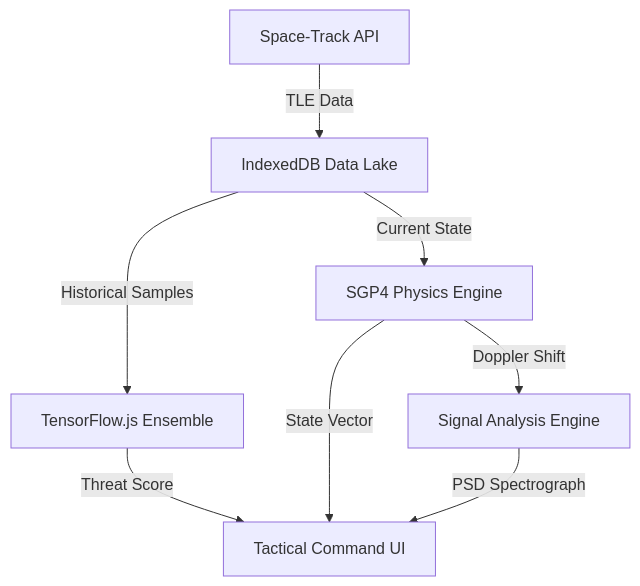
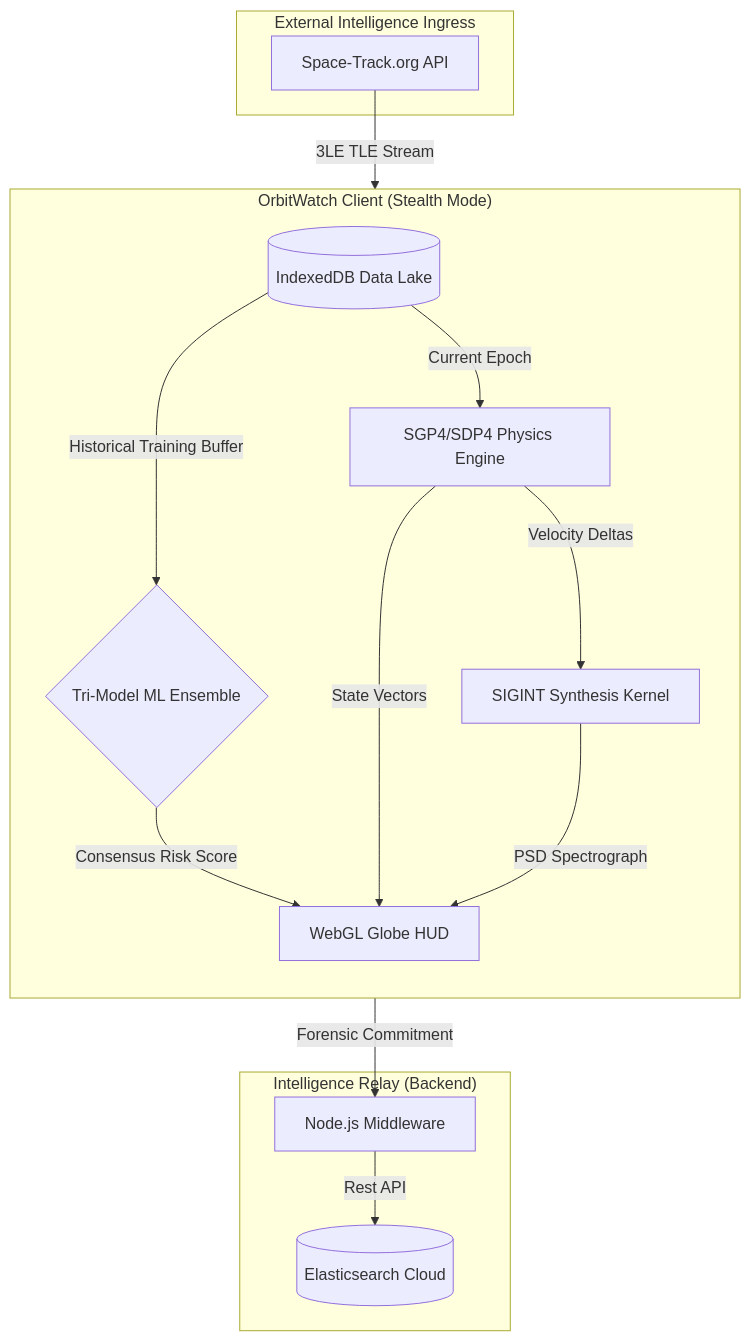
The diagram in README.md (ritvikindupuri/Orbitwatch), drawn with Mermaid before and after one commit. The commit also changed other lines of this file, not shown here.

````diff
--- a/README.md
+++ b/README.md
@@ -23,10 +15,30 @@
 ```mermaid
 graph TD
-    A[Space-Track API] -->|TLE Data| B[IndexedDB Data Lake]
-    B -->|Historical Samples| C[TensorFlow.js Ensemble]
-    B -->|Current State| D[SGP4 Physics Engine]
-    C -->|Threat Score| E[Tactical Command UI]
-    D -->|State Vector| E
-    D -->|Doppler Shift| F[Signal Analysis Engine]
-    F -->|PSD Spectrograph| E
+    subgraph "External Intelligence Ingress"
+        ST[Space-Track.org API]
+    end
+
+    subgraph "OrbitWatch Client (Stealth Mode)"
+        direction TB
+        DB[(IndexedDB Data Lake)]
+        PE[SGP4/SDP4 Physics Engine]
+        ML{Tri-Model ML Ensemble}
+        RF[SIGINT Synthesis Kernel]
+        UI[WebGL Globe HUD]
+    end
+
+    subgraph "Intelligence Relay (Backend)"
+        MID[Node.js Middleware]
+        ES[(Elasticsearch Cloud)]
+    end
+
+    ST -->|3LE TLE Stream| DB
+    DB -->|Historical Training Buffer| ML
+    DB -->|Current Epoch| PE
+    PE -->|State Vectors| UI
+    PE -->|Velocity Deltas| RF
+    ML -->|Consensus Risk Score| UI
+    RF -->|PSD Spectrograph| UI
+    UI -->|Forensic Commitment| MID
+    MID -->|Rest API| ES
 ```
````
